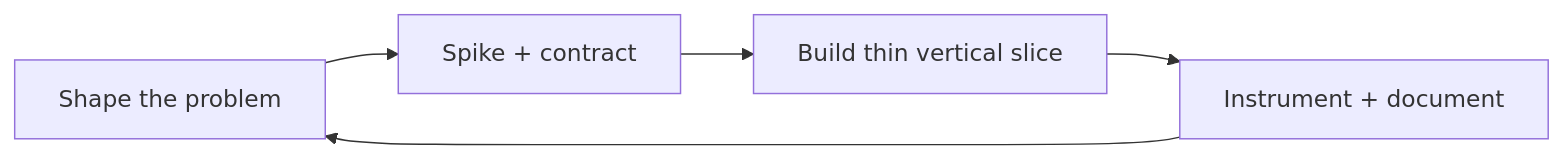
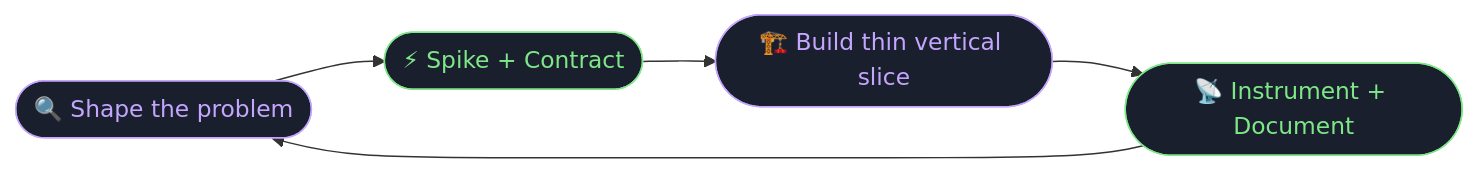
One commit to PRAJWAL-BR-0304/PRAJWAL-BR-0304 changed the diagram in README.md. Above: the diagram before and after it, drawn with Mermaid. The commit also changed other lines of this file and 4 other files, not shown here.

````diff
--- a/README.md
+++ b/README.md
@@ -71,7 +33,12 @@
 ```mermaid
 flowchart LR
-  A[Shape the problem] --> B[Spike + contract]
-  B --> C[Build thin vertical slice]
-  C --> D[Instrument + document]
+  A([🔍 Shape the problem]) --> B([⚡ Spike + Contract])
+  B --> C([🏗️ Build thin vertical slice])
+  C --> D([📡 Instrument + Document])
   D --> A
+
+  style A fill:#1a1f2e,stroke:#c4a6ff,color:#c4a6ff
+  style B fill:#1a1f2e,stroke:#7ee787,color:#7ee787
+  style C fill:#1a1f2e,stroke:#c4a6ff,color:#c4a6ff
+  style D fill:#1a1f2e,stroke:#7ee787,color:#7ee787
 ```
````
